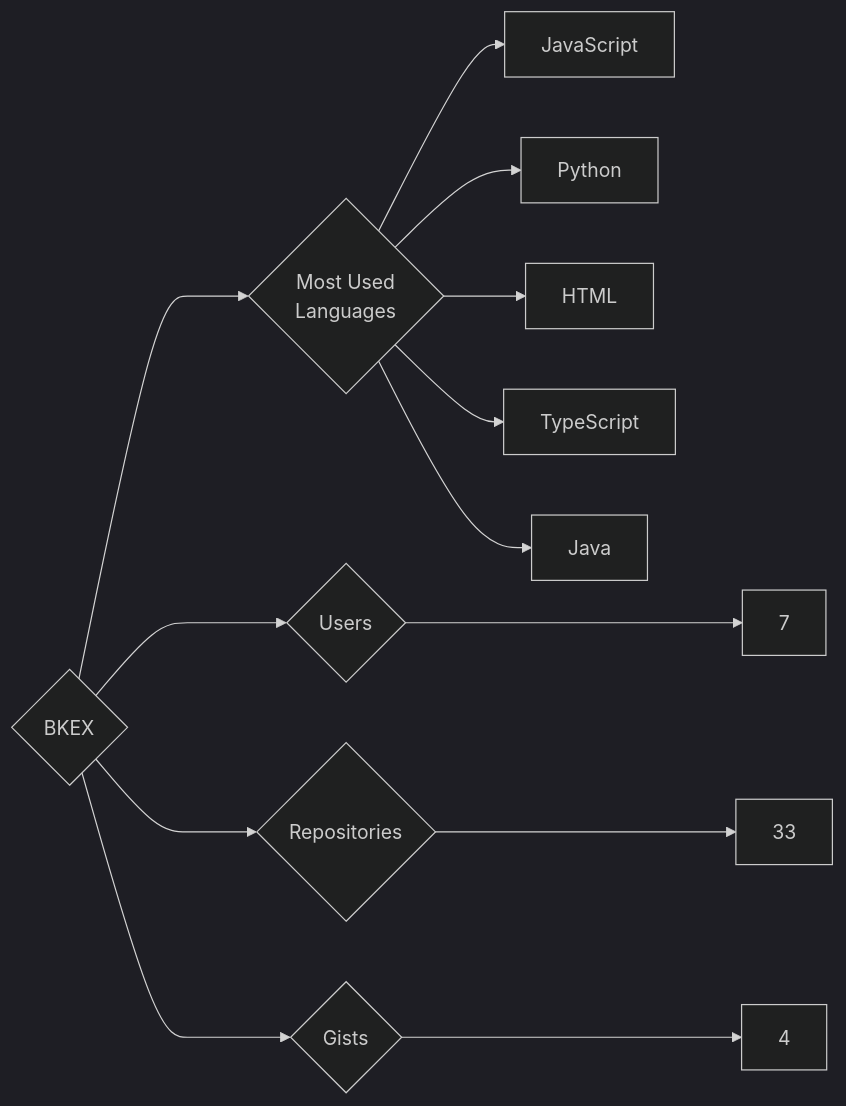
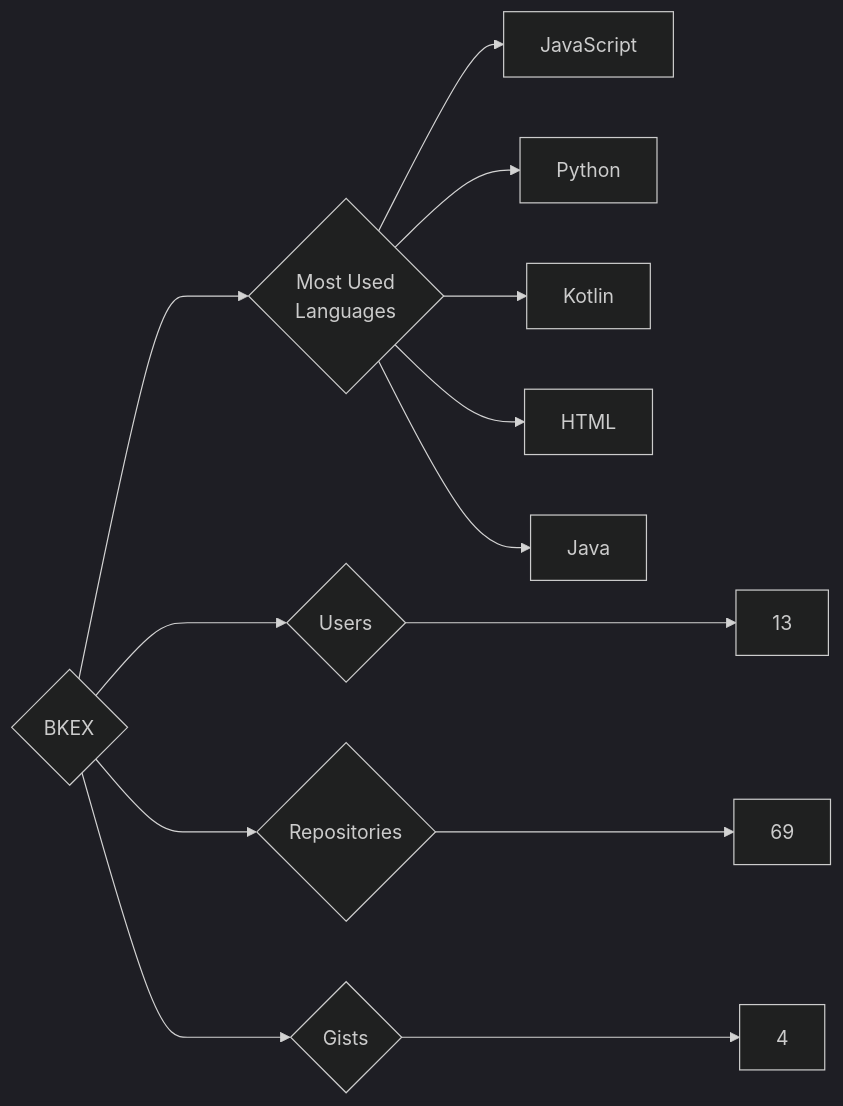
The diagram in targets/BKEX/README.md (trickest/insiders), drawn with Mermaid (dark theme) before and after one commit. The commit also changed 942 other files, not shown here.

````diff
--- a/targets/BKEX/README.md
+++ b/targets/BKEX/README.md
@@ -3,13 +3,13 @@
 ```mermaid
 graph LR
 COMPANY_NAME{BKEX}
-COMPANY_NAME ---> U{Users} ---> UN[7]
-COMPANY_NAME ---> R{Repositories} ---> RN[33]
+COMPANY_NAME ---> U{Users} ---> UN[13]
+COMPANY_NAME ---> R{Repositories} ---> RN[69]
 COMPANY_NAME ---> G{Gists} ---> GN[4]
 COMPANY_NAME ---> ML{Most Used<br>Languages}
 ML --> JavaScript[JavaScript]
 ML --> Python[Python]
+ML --> Kotlin[Kotlin]
 ML --> HTML[HTML]
-ML --> TypeScript[TypeScript]
 ML --> Java[Java]
 ```
````
